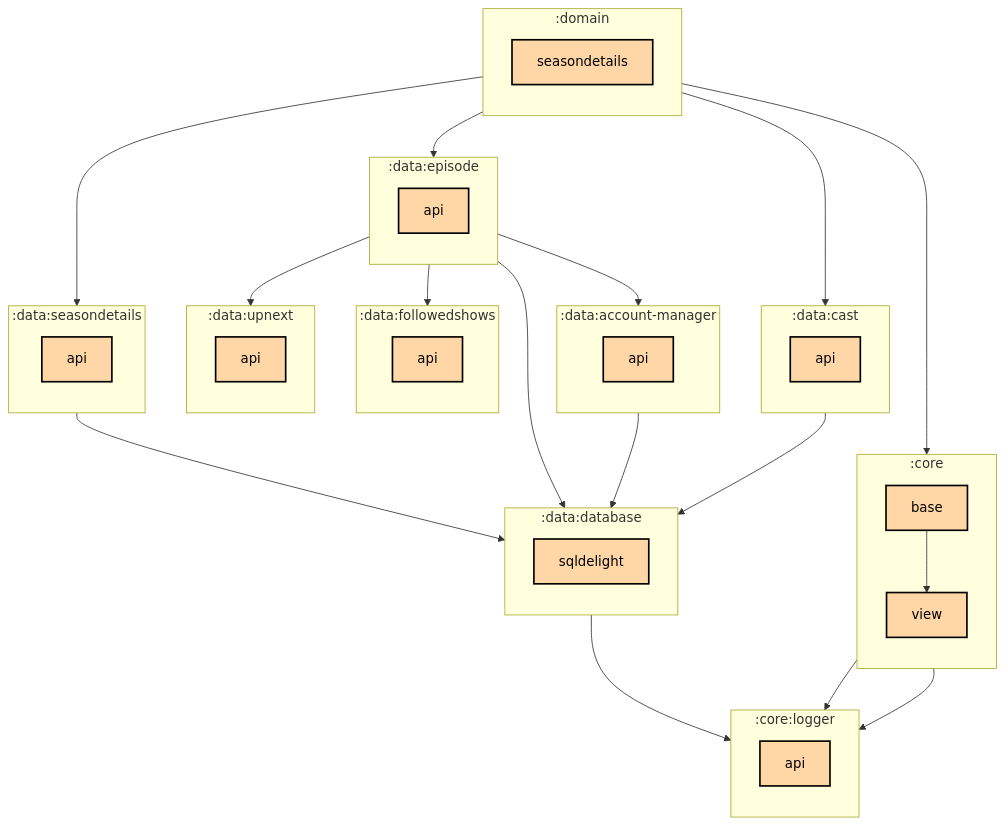
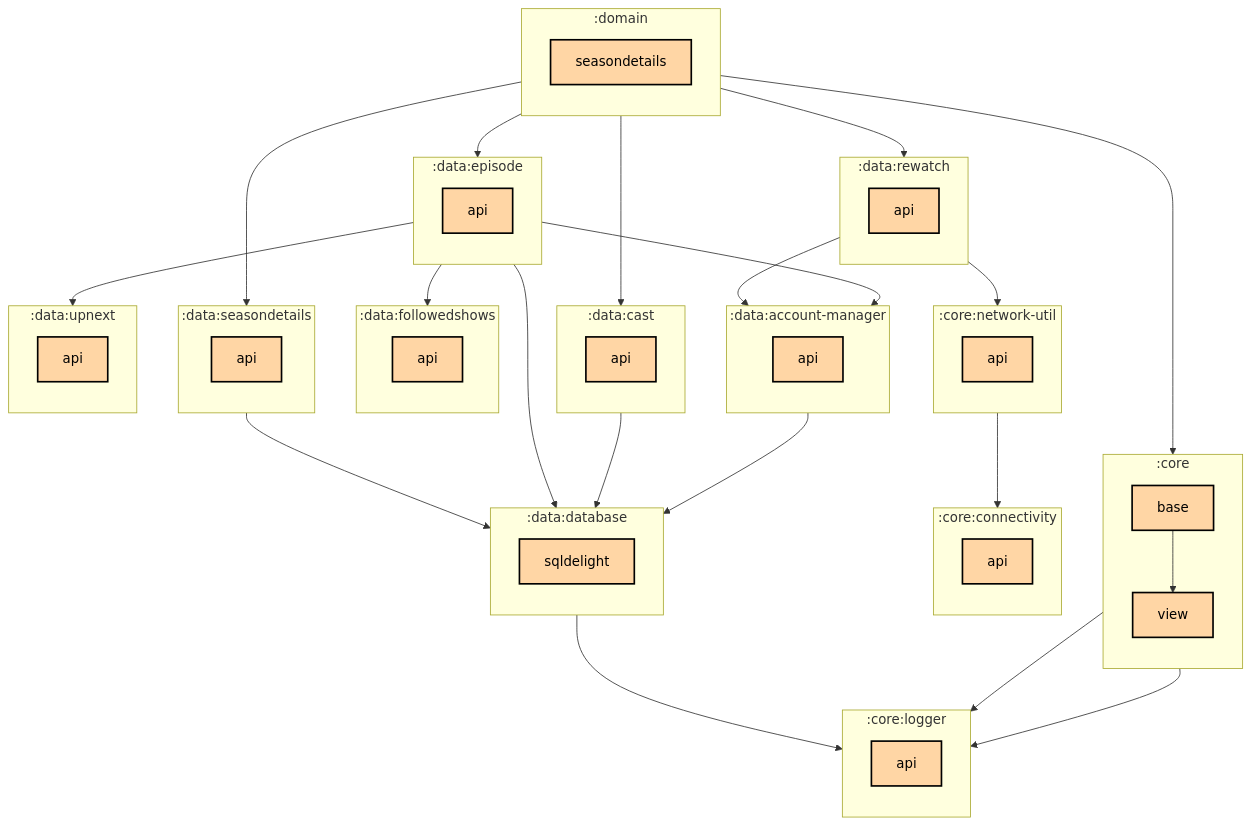
The first of 2 diagrams in domain/seasondetails/README.md (thomaskioko/tv-maniac), drawn with Mermaid before and after one commit. The commit also changed 4 other files, not shown here.

Commit message:
Regenerate the module graphs for the season rewatch edge

````diff
--- a/domain/seasondetails/README.md
+++ b/domain/seasondetails/README.md
@@ -6,66 +6,82 @@
 ```mermaid
 graph TB
   subgraph :core
     direction TB
     :core:base[base]:::multiplatform
     :core:view[view]:::multiplatform
   end
+  subgraph :core:connectivity
+    direction TB
+    :core:connectivity:api[api]:::multiplatform
+  end
   subgraph :core:logger
     direction TB
     :core:logger:api[api]:::multiplatform
+  end
+  subgraph :core:network-util
+    direction TB
+    :core:network-util:api[api]:::multiplatform
   end
   subgraph :data:account-manager
     direction TB
     :data:account-manager:api[api]:::multiplatform
   end
   subgraph :data:cast
     direction TB
     :data:cast:api[api]:::multiplatform
   end
   subgraph :data:database
     direction TB
     :data:database:sqldelight[sqldelight]:::multiplatform
   end
   subgraph :data:episode
     direction TB
     :data:episode:api[api]:::multiplatform
   end
   subgraph :data:followedshows
     direction TB
     :data:followedshows:api[api]:::multiplatform
   end
+  subgraph :data:rewatch
+    direction TB
+    :data:rewatch:api[api]:::multiplatform
+  end
   subgraph :data:seasondetails
     direction TB
     :data:seasondetails:api[api]:::multiplatform
   end
   subgraph :data:upnext
     direction TB
     :data:upnext:api[api]:::multiplatform
   end
   subgraph :domain
     direction TB
     :domain:seasondetails[seasondetails]:::multiplatform
   end
 
   :core:base --> :core:logger:api
   :core:base --> :core:view
+  :core:network-util:api --> :core:connectivity:api
   :core:view --> :core:logger:api
   :data:account-manager:api --> :data:database:sqldelight
   :data:cast:api --> :data:database:sqldelight
   :data:database:sqldelight --> :core:logger:api
   :data:episode:api --> :data:account-manager:api
   :data:episode:api --> :data:database:sqldelight
   :data:episode:api --> :data:followedshows:api
   :data:episode:api --> :data:upnext:api
+  :data:rewatch:api --> :core:network-util:api
+  :data:rewatch:api --> :data:account-manager:api
   :data:seasondetails:api --> :data:database:sqldelight
   :domain:seasondetails --> :core:base
   :domain:seasondetails --> :data:cast:api
   :domain:seasondetails --> :data:episode:api
+  :domain:seasondetails --> :data:rewatch:api
   :domain:seasondetails --> :data:seasondetails:api
 
 classDef application fill:#CAFFBF,stroke:#000,stroke-width:2px,color:#000;
 classDef multiplatform fill:#FFD6A5,stroke:#000,stroke-width:2px,color:#000;
 classDef android-library fill:#9BF6FF,stroke:#000,stroke-width:2px,color:#000;
 classDef jvm-library fill:#BDB2FF,stroke:#000,stroke-width:2px,color:#000;
 classDef unknown fill:#FFADAD,stroke:#000,stroke-width:2px,color:#000;
 ```
````
